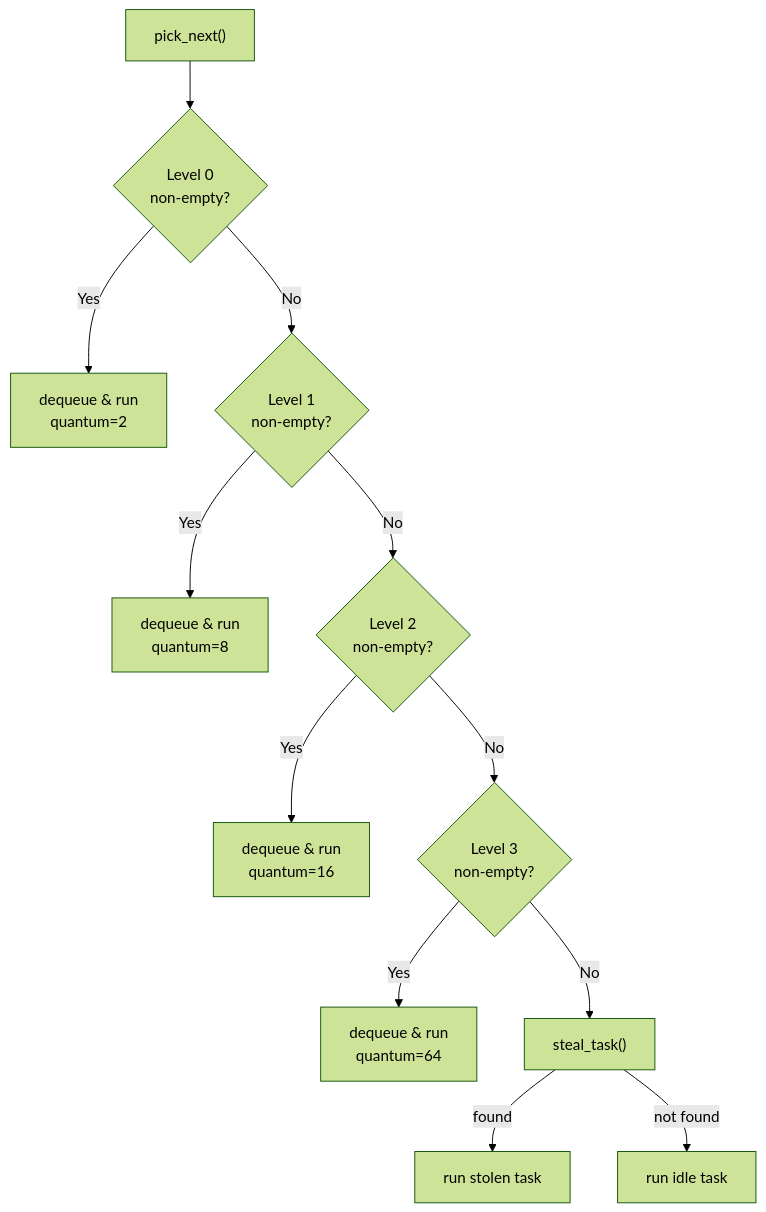
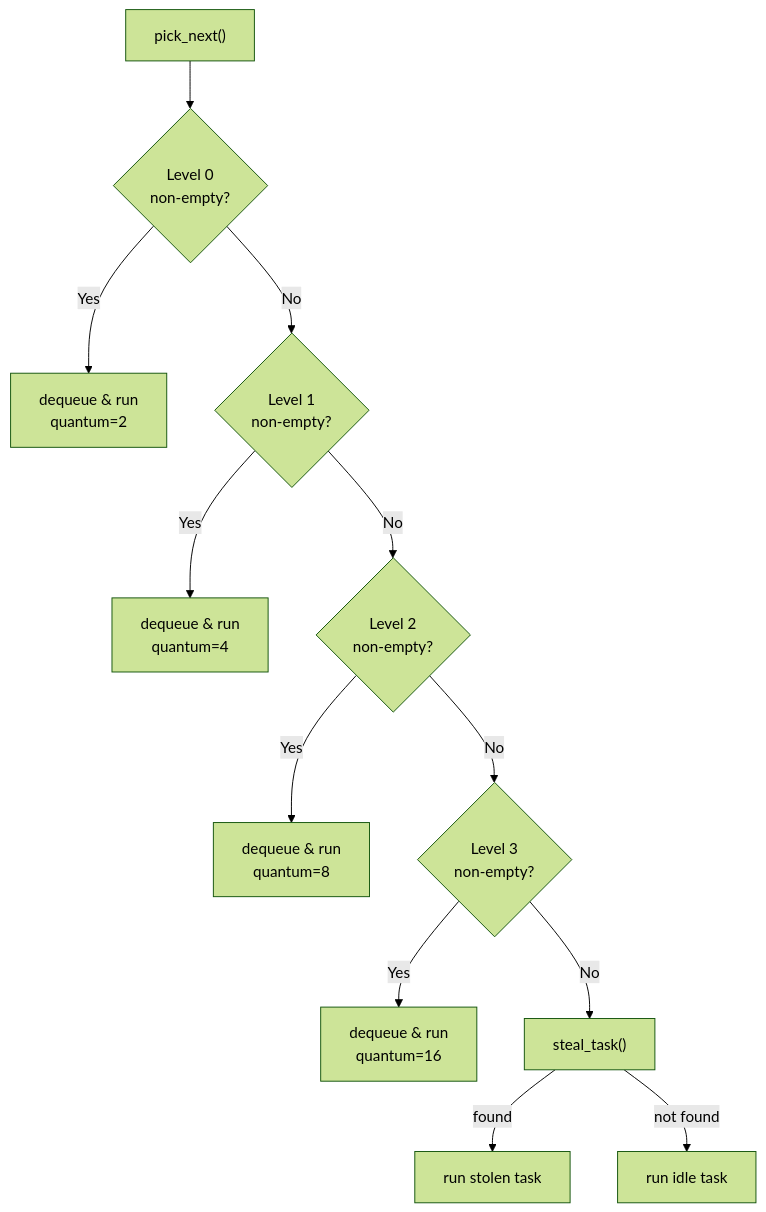
Before and after one commit to KitsuneBSD/FKernel: the second of 9 diagrams in Docs/Domains/process-scheduling.md, drawn with Mermaid (forest theme). The commit also changed other lines of this file and 28 other files, not shown here.

````diff
--- a/Docs/Domains/process-scheduling.md
+++ b/Docs/Domains/process-scheduling.md
@@ -69,14 +69,14 @@
 ```mermaid
 flowchart TD
     PICK["pick_next()"] --> L0{"Level 0<br/>non-empty?"}
     L0 -->|"Yes"| DEQ0["dequeue & run<br/>quantum=2"]
     L0 -->|"No"| L1{"Level 1<br/>non-empty?"}
-    L1 -->|"Yes"| DEQ1["dequeue & run<br/>quantum=8"]
+    L1 -->|"Yes"| DEQ1["dequeue & run<br/>quantum=4"]
     L1 -->|"No"| L2{"Level 2<br/>non-empty?"}
-    L2 -->|"Yes"| DEQ2["dequeue & run<br/>quantum=16"]
+    L2 -->|"Yes"| DEQ2["dequeue & run<br/>quantum=8"]
     L2 -->|"No"| L3{"Level 3<br/>non-empty?"}
-    L3 -->|"Yes"| DEQ3["dequeue & run<br/>quantum=64"]
+    L3 -->|"Yes"| DEQ3["dequeue & run<br/>quantum=16"]
     L3 -->|"No"| STEAL["steal_task()"]
     STEAL -->|"found"| RUN["run stolen task"]
     STEAL -->|"not found"| IDLE["run idle task"]
 ```
````
